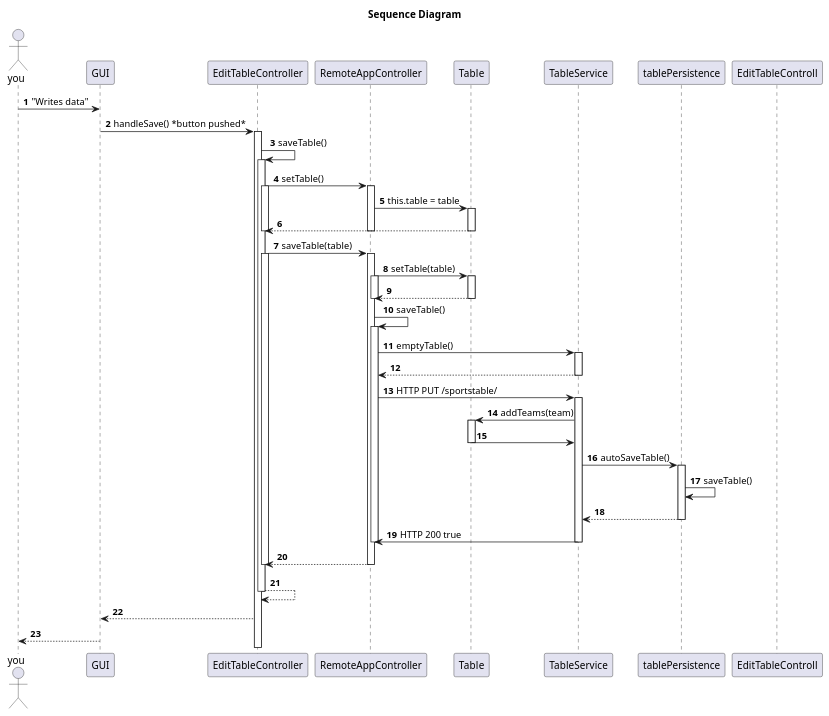
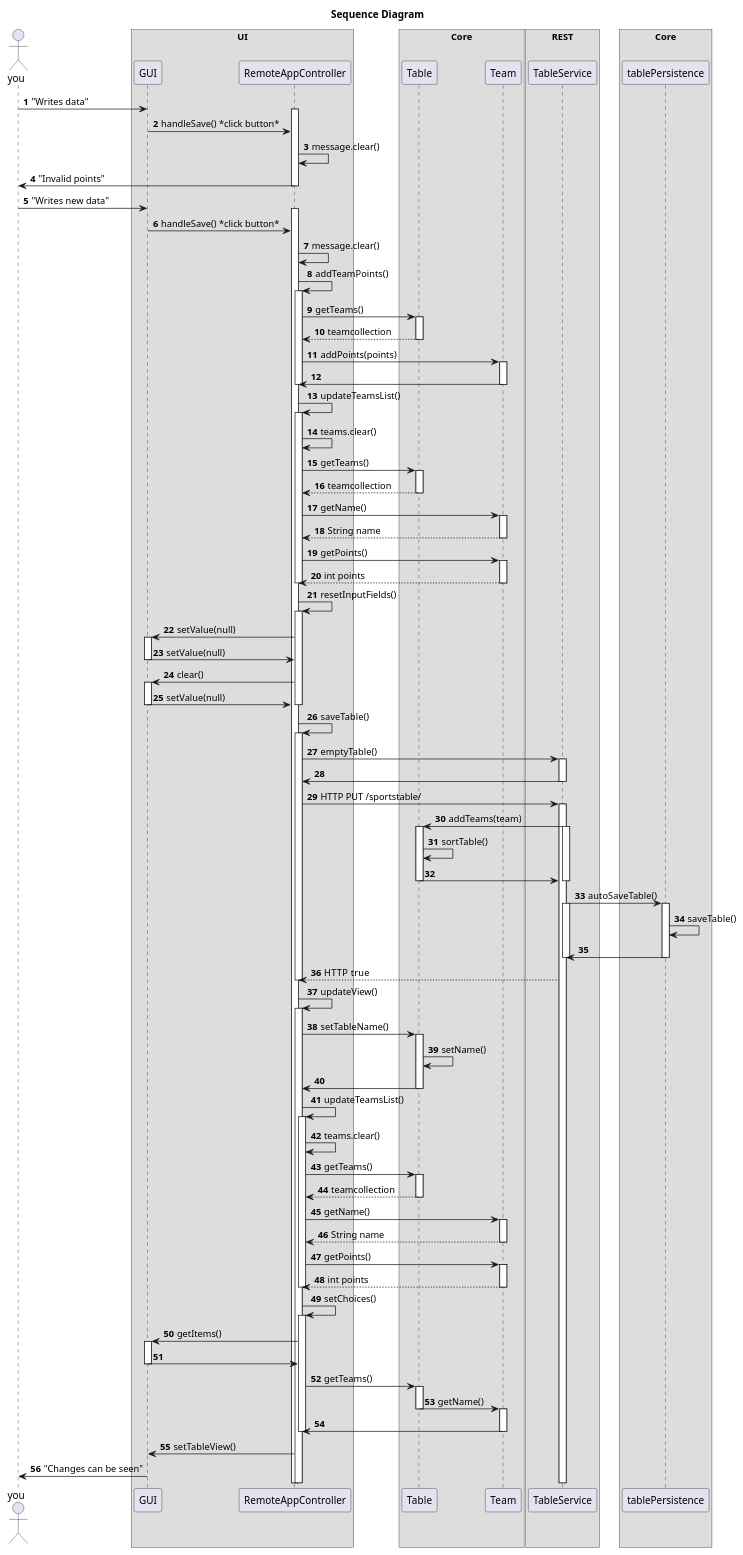
One commit to piaasbjornsen/InfProj changed the diagram in SportsTable/docs/Diagrams/SequenceDiagram.puml. Above: the diagram before and after it, drawn with PlantUML. The commit also changed 2 other files, not shown here.

Commit message:
More Sequence Diagrams

```diff
--- a/SportsTable/docs/Diagrams/SequenceDiagram.puml
+++ b/SportsTable/docs/Diagrams/SequenceDiagram.puml
@@ -1,88 +1,156 @@
 @startuml
 title Sequence Diagram
 autonumber
 Actor you
 
+box "UI"
+you -> GUI : "Writes data"
+activate RemoteAppController
+GUI -> RemoteAppController : handleSave() *click button*
 
-you -> GUI: "Writes data"
-GUI -> EditTableController : handleSave() *button pushed*
-activate EditTableController
+RemoteAppController -> RemoteAppController : message.clear()
+RemoteAppController -> you : "Invalid points"
+deactivate RemoteAppController
 
+you -> GUI : "Writes new data"
+activate RemoteAppController
+GUI -> RemoteAppController : handleSave() *click button*
 
-EditTableController -> EditTableController : saveTable()
-activate EditTableController
+RemoteAppController -> RemoteAppController : message.clear()
+RemoteAppController -> RemoteAppController : addTeamPoints()
+activate RemoteAppController
+end box
 
-EditTableController -> RemoteAppController : setTable()
-activate EditTableController
-activate RemoteAppController
-RemoteAppController -> Table : this.table = table
+box Core
+RemoteAppController -> Table : getTeams()
 activate Table
-Table --> EditTableController :
-deactivate EditTableController
+
+Table --> RemoteAppController : teamcollection
+deactivate Table
+RemoteAppController -> Team : addPoints(points)
+activate Team
+Team -> RemoteAppController
+deactivate Team
 deactivate RemoteAppController
 
 
+RemoteAppController -> RemoteAppController : updateTeamsList()
+activate RemoteAppController
+RemoteAppController -> RemoteAppController : teams.clear()
+RemoteAppController -> Table : getTeams()
+activate Table
+Table --> RemoteAppController : teamcollection
 deactivate Table
 
-EditTableController -> RemoteAppController : saveTable(table)
-activate EditTableController
-activate RemoteAppController
-RemoteAppController -> Table : setTable(table)
-activate RemoteAppController
-activate Table
-Table --> RemoteAppController :
-deactivate Table
+RemoteAppController -> Team : getName()
+activate Team
+Team --> RemoteAppController : String name
+deactivate Team
+
+
+RemoteAppController -> Team : getPoints()
+activate Team
+Team --> RemoteAppController : int points
+deactivate Team
 deactivate RemoteAppController
 
-RemoteAppController -> RemoteAppController : saveTable()
+RemoteAppController -> RemoteAppController : resetInputFields()
 activate RemoteAppController
-
-RemoteAppController -> TableService : emptyTable()
-activate TableService
-TableService --> RemoteAppController
-deactivate TableService
-
-RemoteAppController -> TableService : HTTP PUT /sportstable/
-activate TableService
-
-TableService -> Table : addTeams(team)
-activate Table
-
-Table -> TableService
-deactivate Table
-
-TableService -> tablePersistence : autoSaveTable()
-activate tablePersistence
-tablePersistence -> tablePersistence : saveTable()
-
-tablePersistence --> TableService
-deactivate tablePersistence
-
-TableService -> RemoteAppController: HTTP 200 true
-deactivate TableService
-deactivate RemoteAppController
-
-RemoteAppController --> EditTableController
-deactivate RemoteAppController
-
-deactivate EditTableController
-EditTableController --> EditTableController
-deactivate EditTableController
-EditTableController --> GUI
-deactivate EditTableControll
-GUI --> you
-
-
-
-
-deactivate TableService
-
-deactivate RemoteAppController
+RemoteAppController -> GUI : setValue(null)
+activate GUI
+GUI -> RemoteAppController : setValue(null)
+deactivate GUI
+RemoteAppController -> GUI : clear()
+activate GUI
+GUI -> RemoteAppController : setValue(null)
+deactivate GUI
 deactivate RemoteAppController
 
 
 
 
+RemoteAppController -> RemoteAppController : saveTable()
+activate RemoteAppController
+
+end box
+
+box REST
+RemoteAppController -> TableService : emptyTable()
+activate TableService
+TableService -> RemoteAppController
+' PÅ LINJEN OVER KAN VI HA DOTTER DERSOM EMPTYTABLE() METODEN I REMOTEAPPCONTROLLER SENDER NOE TILBAKE TIL RAK ETTER Å HA SENDT REQUEST TIL REST
+deactivate TableService
+RemoteAppController -> TableService : HTTP PUT /sportstable/
+activate TableService
+
+TableService -> Table : addTeams(team)
+activate TableService
+activate Table
+Table -> Table : sortTable()
+Table -> TableService
+deactivate Table
+deactivate TableService
+end box
+box Core
+TableService -> tablePersistence : autoSaveTable()
+activate TableService
 
 
+activate tablePersistence
+tablePersistence -> tablePersistence : saveTable()
+
+tablePersistence -> TableService
+deactivate tablePersistence
+deactivate TableService
+TableService --> RemoteAppController: HTTP  true
+
+deactivate RemoteAppController
+
+RemoteAppController -> RemoteAppController : updateView()
+activate RemoteAppController
+RemoteAppController -> Table : setTableName()
+activate Table
+Table -> Table : setName()
+Table -> RemoteAppController
+deactivate Table
+
+RemoteAppController -> RemoteAppController : updateTeamsList()
+activate RemoteAppController
+RemoteAppController -> RemoteAppController : teams.clear()
+RemoteAppController -> Table : getTeams()
+activate Table
+Table --> RemoteAppController : teamcollection
+deactivate Table
+
+RemoteAppController -> Team : getName()
+activate Team
+Team --> RemoteAppController : String name
+deactivate Team
+
+
+RemoteAppController -> Team : getPoints()
+activate Team
+Team --> RemoteAppController : int points
+deactivate RemoteAppController
+deactivate Team
+RemoteAppController -> RemoteAppController : setChoices()
+activate RemoteAppController
+
+RemoteAppController -> GUI : getItems()
+activate GUI
+GUI -> RemoteAppController
+deactivate GUI
+RemoteAppController -> Table : getTeams()
+activate Table
+Table -> Team : getName()
+deactivate Table
+activate Team
+Team -> RemoteAppController
+deactivate RemoteAppController
+deactivate Team
+
+RemoteAppController -> GUI : setTableView()
+
+GUI -> you : "Changes can be seen"
+
 @enduml
```
